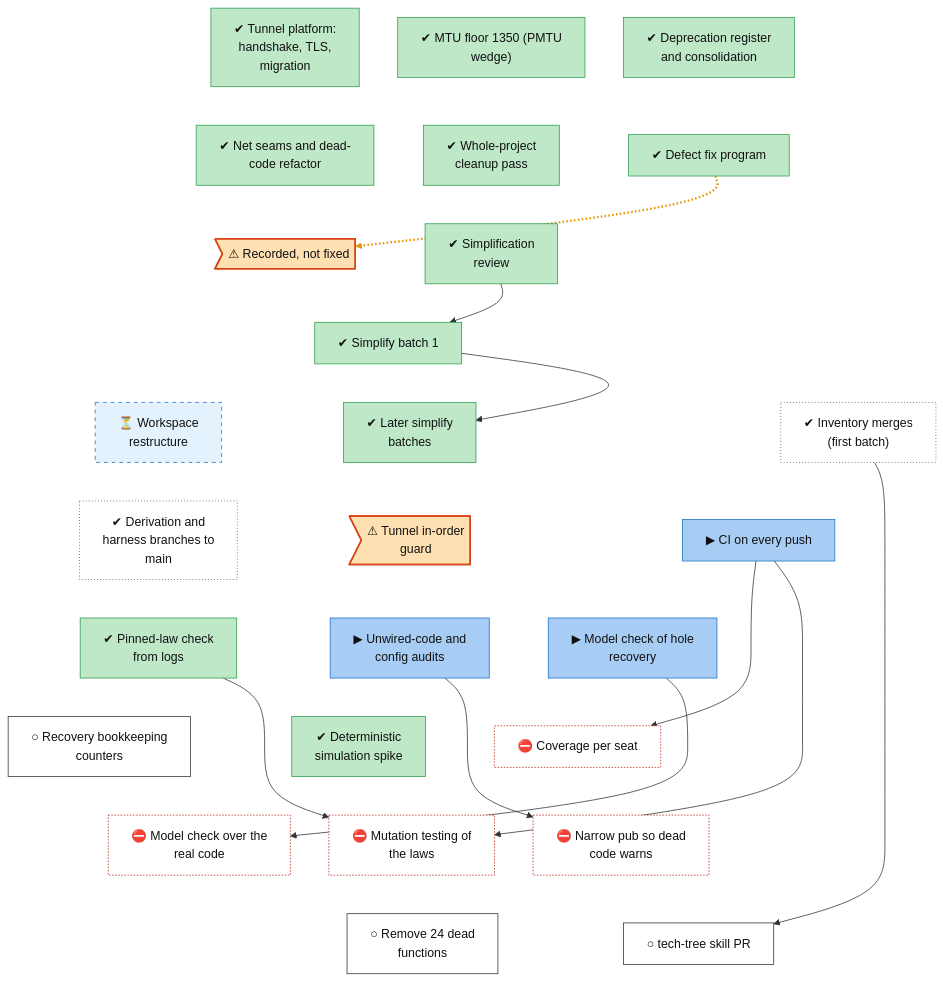
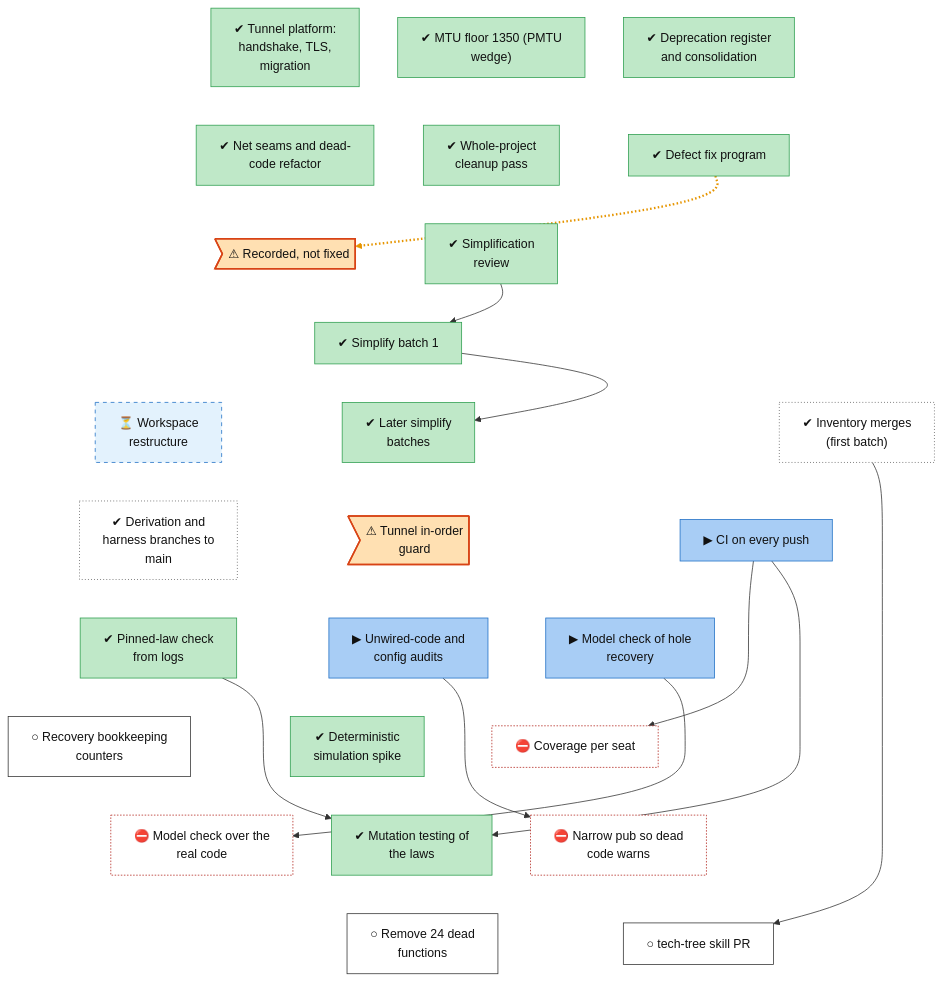
One commit to lhns/raptorpath changed the diagram in docs/roadmap/tracks/infra.md. Above: the diagram before and after it, drawn with Mermaid. The commit also changed other lines of this file and 2 other files, not shown here.

Commit message:
roadmap: mutation testing on CI merged (486 survivors baseline; bulkness_of_delta untested in the math crate)

````diff
--- a/docs/roadmap/tracks/infra.md
+++ b/docs/roadmap/tracks/infra.md
@@ -30,7 +30,7 @@
     infra_test_sim_spike["✔ Deterministic<br/>simulation spike"]
     infra_test_recovery_counters["○ Recovery bookkeeping<br/>counters"]
     infra_test_seat_coverage["⛔ Coverage per seat"]
-    infra_test_mutation["⛔ Mutation testing of<br/>the laws"]
+    infra_test_mutation["✔ Mutation testing of<br/>the laws"]
     infra_test_model_real_decisions["⛔ Model check over the<br/>real code"]
     infra_test_pub_narrowing["⛔ Narrow pub so dead<br/>code warns"]
     infra_tech_tree_skill["○ tech-tree skill PR"]
@@ -84,11 +84,11 @@
     classDef userdec fill:#d9c2f0,stroke:#7b3fb5,color:#111
     classDef defect fill:#ffe0b2,stroke:#d84315,stroke-width:2px,color:#111
     classDef waiting fill:#e3f2fd,stroke:#1f6fc5,stroke-dasharray:5 5,color:#111
-    class infra_early_platform,infra_mtu_floor,infra_consolidation,infra_net_seams,infra_cleanup_0927,infra_fix_program,infra_simplify_review,infra_simplify_batch1,infra_simplify_batch2,infra_test_pinned_law_check,infra_test_sim_spike succ
+    class infra_early_platform,infra_mtu_floor,infra_consolidation,infra_net_seams,infra_cleanup_0927,infra_fix_program,infra_simplify_review,infra_simplify_batch1,infra_simplify_batch2,infra_test_pinned_law_check,infra_test_sim_spike,infra_test_mutation succ
     class infra_defect_recorded_not_fixed,infra_tunnel_inorder_guard defect
     class infra_restructure waiting
     class infra_inventory_merges,infra_derivation_merges unrated
     class infra_test_ci_gate,infra_test_static_audits,infra_test_recovery_model inprog
     class infra_test_recovery_counters,infra_tech_tree_skill,infra_dead_code_batch next
-    class infra_test_seat_coverage,infra_test_mutation,infra_test_model_real_decisions,infra_test_pub_narrowing blocked
+    class infra_test_seat_coverage,infra_test_model_real_decisions,infra_test_pub_narrowing blocked
 ```
````
